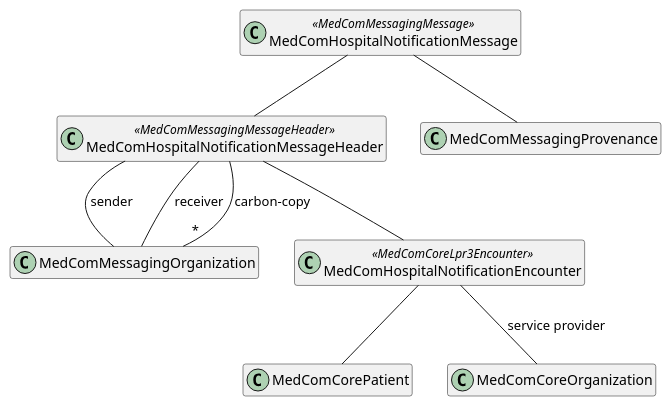
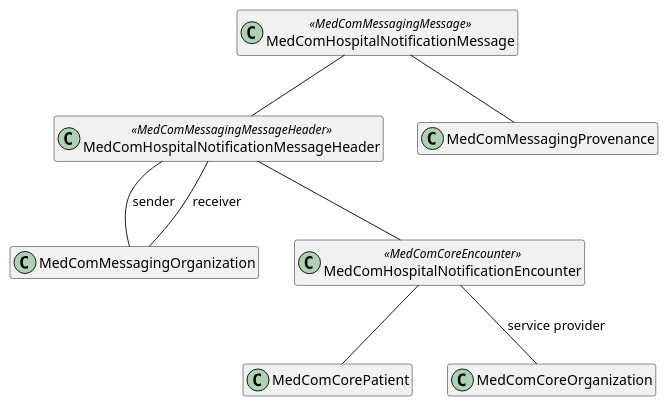
Before and after one commit to medcomdk/dk-medcom: the diagram in puml/HospitalNotification.puml, drawn with PlantUML. The commit also changed 7 other files, not shown here.

Commit message:
Added text and diagrams to the home page

```diff
--- a/puml/HospitalNotification.puml
+++ b/puml/HospitalNotification.puml
@@ -1,23 +1,22 @@
 @startuml HospitalNotification
 
 hide empty members
 
 class "MedComHospitalNotificationMessage" as message <<MedComMessagingMessage>>
 class "MedComHospitalNotificationMessageHeader" as messageHeader <<MedComMessagingMessageHeader>>
 class "MedComMessagingOrganization" as organization
 class "MedComCorePatient" as patient
-class "MedComHospitalNotificationEncounter" as encounter <<MedComCoreLpr3Encounter>>
+class "MedComHospitalNotificationEncounter" as encounter <<MedComCoreEncounter>>
 class "MedComMessagingProvenance" as provenance
 class "MedComCoreOrganization" as serviceProvider
 
 message -- messageHeader
 messageHeader -- encounter
 encounter -- patient
 encounter -- serviceProvider : "service provider"
 message -- provenance
 
 messageHeader -- organization : "sender"
 messageHeader -- organization : "receiver"
-messageHeader --"*" organization : "carbon-copy"
 
 @enduml
```
